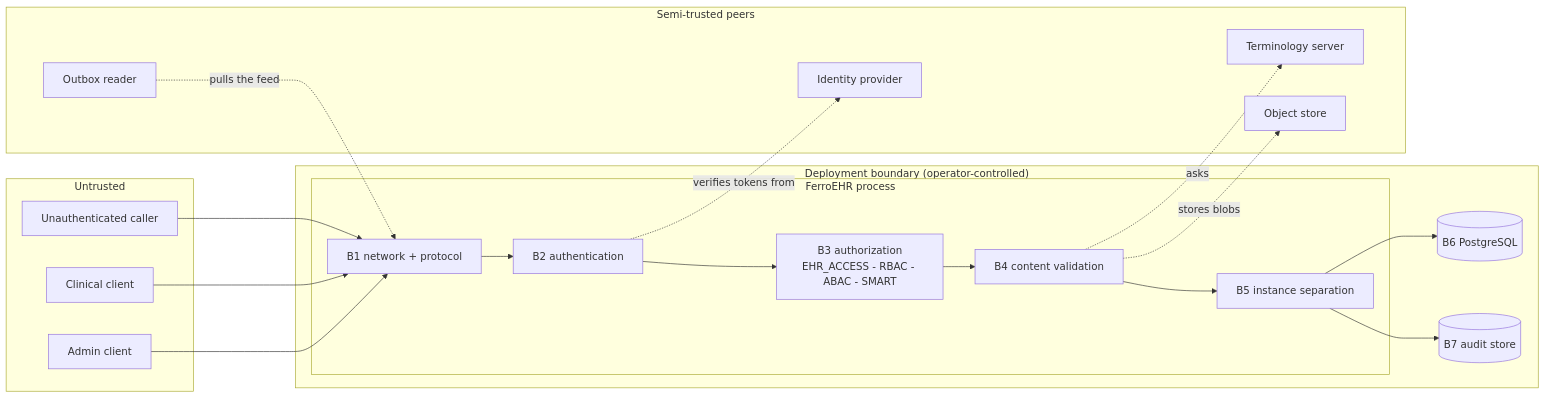
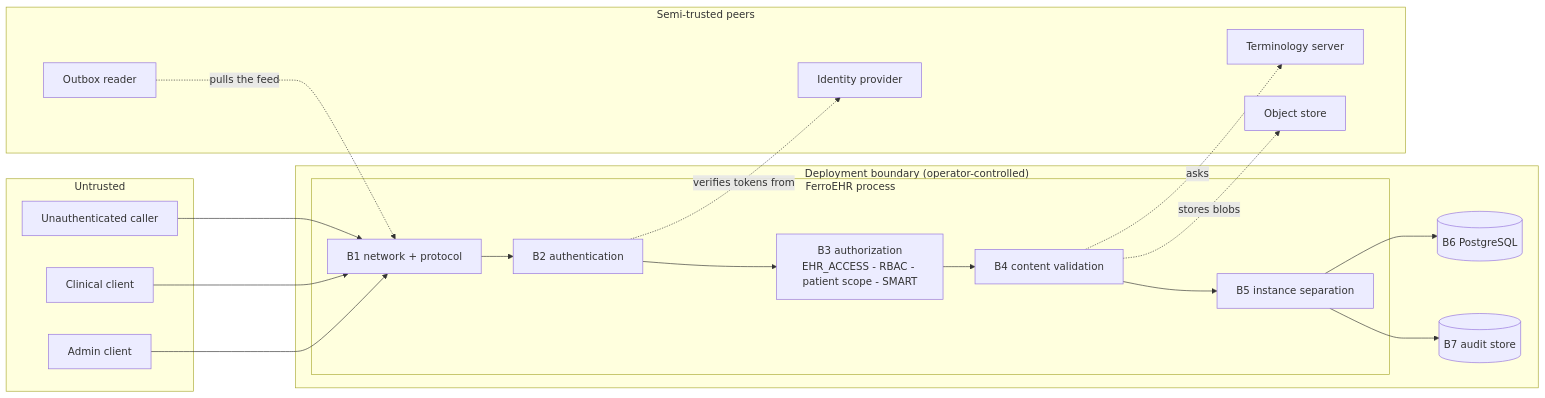
Before and after one commit to FerroHEALTH/FerroEHR: the diagram in website/book/src/threat-model.md, drawn with Mermaid. The commit also changed other lines of this file and 135 other files, not shown here.

````diff
--- a/website/book/src/threat-model.md
+++ b/website/book/src/threat-model.md
@@ -69,38 +69,38 @@
 ```mermaid
 flowchart LR
   subgraph Untrusted
     U[Unauthenticated caller]
     C[Clinical client]
     A[Admin client]
   end
   subgraph Deployment["Deployment boundary (operator-controlled)"]
     subgraph Server["FerroEHR process"]
       B1["B1 network + protocol"]
       B2["B2 authentication"]
-      B3["B3 authorization<br/>EHR_ACCESS - RBAC - ABAC - SMART"]
+      B3["B3 authorization<br/>EHR_ACCESS - RBAC - patient scope - SMART"]
       B4["B4 content validation"]
       B5["B5 instance separation"]
     end
     DB[("B6 PostgreSQL")]
     AUD[("B7 audit store")]
   end
   subgraph External["Semi-trusted peers"]
     IDP[Identity provider]
     TS[Terminology server]
     S3[Object store]
     MQ[Outbox reader]
   end
   U --> B1
   C --> B1
   A --> B1
   B1 --> B2
   B2 --> B3
   B3 --> B4
   B4 --> B5
   B5 --> DB
   B5 --> AUD
   B2 -.verifies tokens from.-> IDP
   B4 -.asks.-> TS
   B4 -.stores blobs.-> S3
   MQ -.pulls the feed.-> B1
 ```
````
